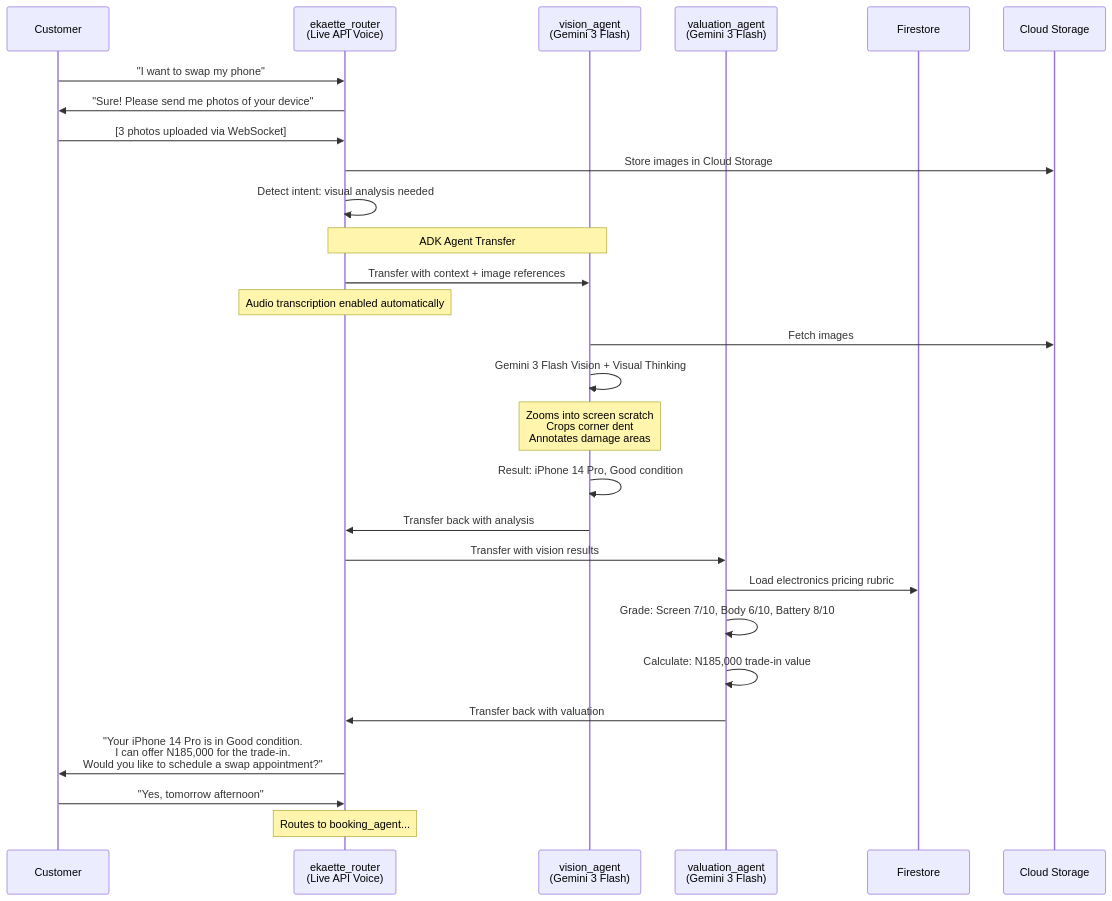
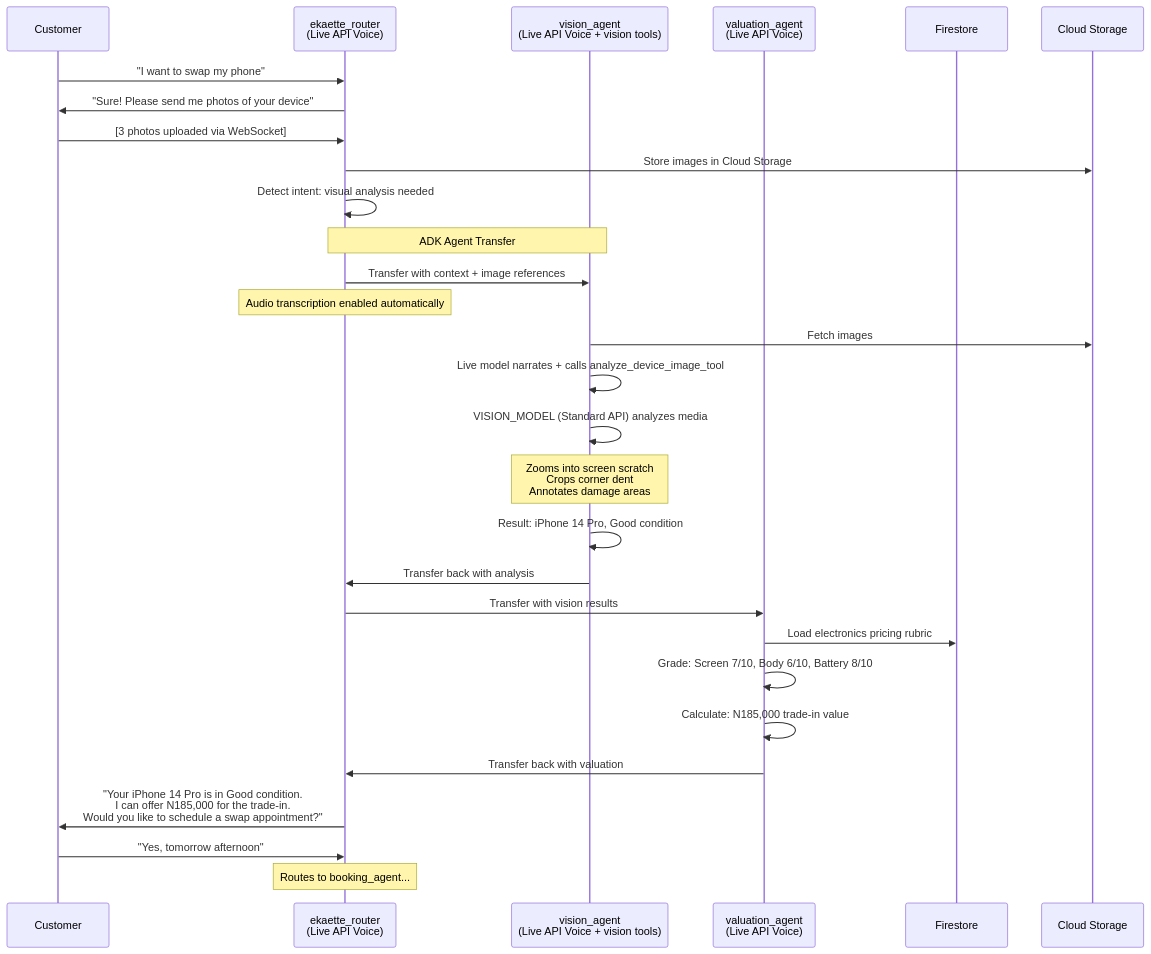
The second of 4 diagrams in docs/architecture/02-voice-agents.md (ogabasseyy/ekaette), drawn with Mermaid before and after one commit. The commit also changed 35 other files, not shown here.

Commit message:
feat(channels): add live media bridge and channel runtime refinements

````diff
--- a/docs/architecture/02-voice-agents.md
+++ b/docs/architecture/02-voice-agents.md
@@ -81,38 +81,39 @@
 ```mermaid
 sequenceDiagram
     participant C as Customer
     participant ROOT as ekaette_router<br/>(Live API Voice)
-    participant VA as vision_agent<br/>(Gemini 3 Flash)
-    participant VLA as valuation_agent<br/>(Gemini 3 Flash)
+    participant VA as vision_agent<br/>(Live API Voice + vision tools)
+    participant VLA as valuation_agent<br/>(Live API Voice)
     participant FS as Firestore
     participant CS as Cloud Storage
 
     C->>ROOT: "I want to swap my phone"
     ROOT->>C: "Sure! Please send me photos of your device"
 
     C->>ROOT: [3 photos uploaded via WebSocket]
     ROOT->>CS: Store images in Cloud Storage
     ROOT->>ROOT: Detect intent: visual analysis needed
 
     Note over ROOT,VA: ADK Agent Transfer
     ROOT->>VA: Transfer with context + image references
     Note over ROOT: Audio transcription enabled automatically
 
     VA->>CS: Fetch images
-    VA->>VA: Gemini 3 Flash Vision + Visual Thinking
+    VA->>VA: Live model narrates + calls analyze_device_image_tool
+    VA->>VA: VISION_MODEL (Standard API) analyzes media
     Note over VA: Zooms into screen scratch<br/>Crops corner dent<br/>Annotates damage areas
     VA->>VA: Result: iPhone 14 Pro, Good condition
 
     VA->>ROOT: Transfer back with analysis
 
     ROOT->>VLA: Transfer with vision results
     VLA->>FS: Load electronics pricing rubric
     VLA->>VLA: Grade: Screen 7/10, Body 6/10, Battery 8/10
     VLA->>VLA: Calculate: N185,000 trade-in value
     VLA->>ROOT: Transfer back with valuation
 
     ROOT->>C: "Your iPhone 14 Pro is in Good condition.<br/>I can offer N185,000 for the trade-in.<br/>Would you like to schedule a swap appointment?"
 
     C->>ROOT: "Yes, tomorrow afternoon"
     Note over ROOT: Routes to booking_agent...
 ```
````
